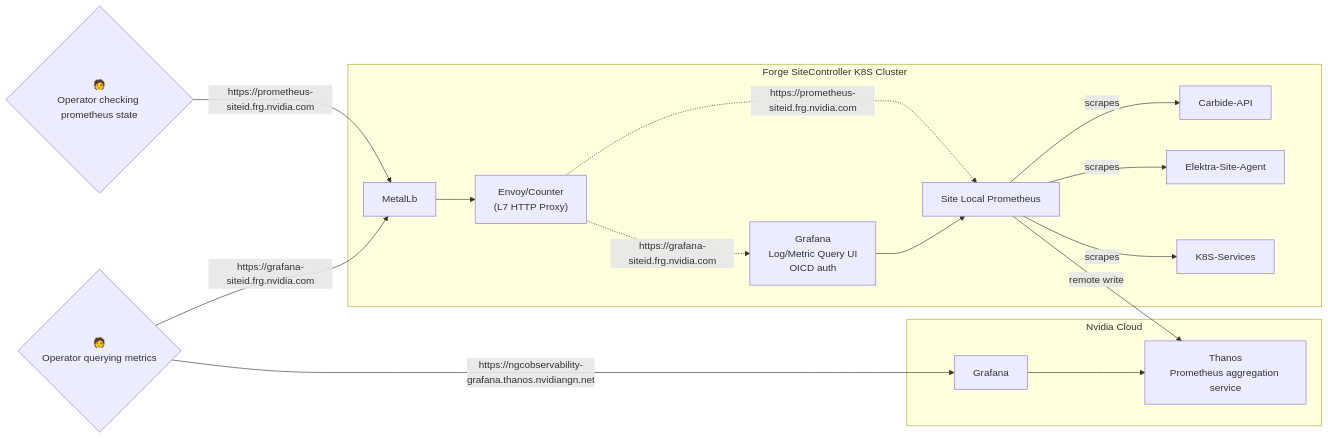
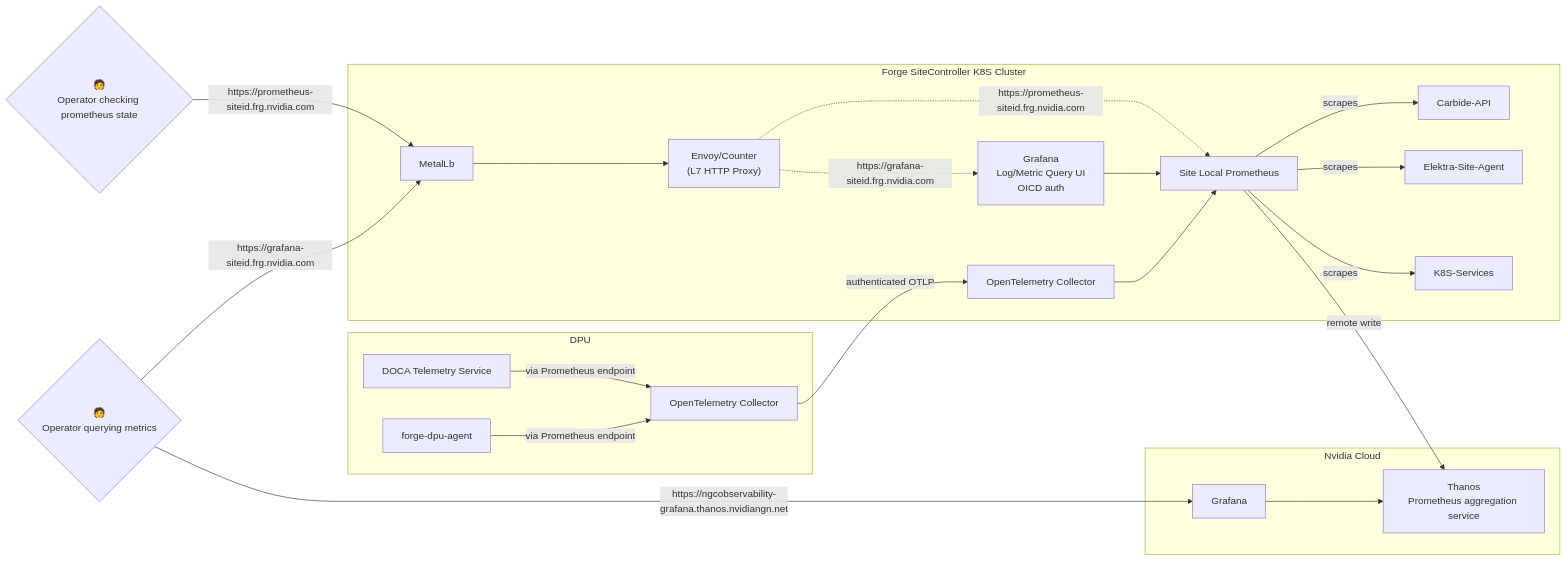
The diagram in book/src/observability/site_metrics.md (NVIDIA/bare-metal-manager-core), drawn with Mermaid before and after one commit. The commit also changed 1 other file, not shown here.

Commit message:
chore: update site metrics flowchart
This MR updates the site metrics flowchart to include DPU metrics forwarding.

See merge request nvmetal/carbide!2967

````diff
--- a/book/src/observability/site_metrics.md
+++ b/book/src/observability/site_metrics.md
@@ -21,22 +21,29 @@
 ```mermaid
 flowchart LR
     subgraph Forge SiteController K8S Cluster
         Prometheus[Site Local Prometheus] -- scrapes --> Carbide-API
         Prometheus -- scrapes --> Elektra-Site-Agent
         Prometheus -- scrapes --> K8S-Services
 
         MetalLb --> SiteEnvoy["Envoy/Counter\n(L7 HTTP Proxy)"]
         SiteEnvoy -."https://grafana-siteid.frg.nvidia.com" .-> SiteGrafana[Grafana\nLog/Metric Query UI\nOICD auth]
         SiteEnvoy -. "https://prometheus-siteid.frg.nvidia.com" .-> Prometheus
         SiteGrafana --> Prometheus
+        OTELC["OpenTelemetry Collector"] --> Prometheus
+    end
+
+    subgraph DPU
+        DTS["DOCA Telemetry Service"] -- via Prometheus endpoint --> DPUOTELC
+        DPUAGENT["forge-dpu-agent"] -- via Prometheus endpoint --> DPUOTELC
+        DPUOTELC["OpenTelemetry Collector"] -- authenticated OTLP --> OTELC
     end
 
     subgraph Nvidia Cloud
         Prometheus -- remote write --> Thanos[Thanos\nPrometheus aggregation service]
         CloudGrafana[Grafana] --> Thanos 
     end
 
     LV2{"🧑\nOperator checking prometheus state"} -- https://prometheus-siteid.frg.nvidia.com --> MetalLb
     LV{"🧑\nOperator querying metrics"} -- https://grafana-siteid.frg.nvidia.com --> MetalLb
     LV -- https://ngcobservability-grafana.thanos.nvidiangn.net --> CloudGrafana
 ```
````
